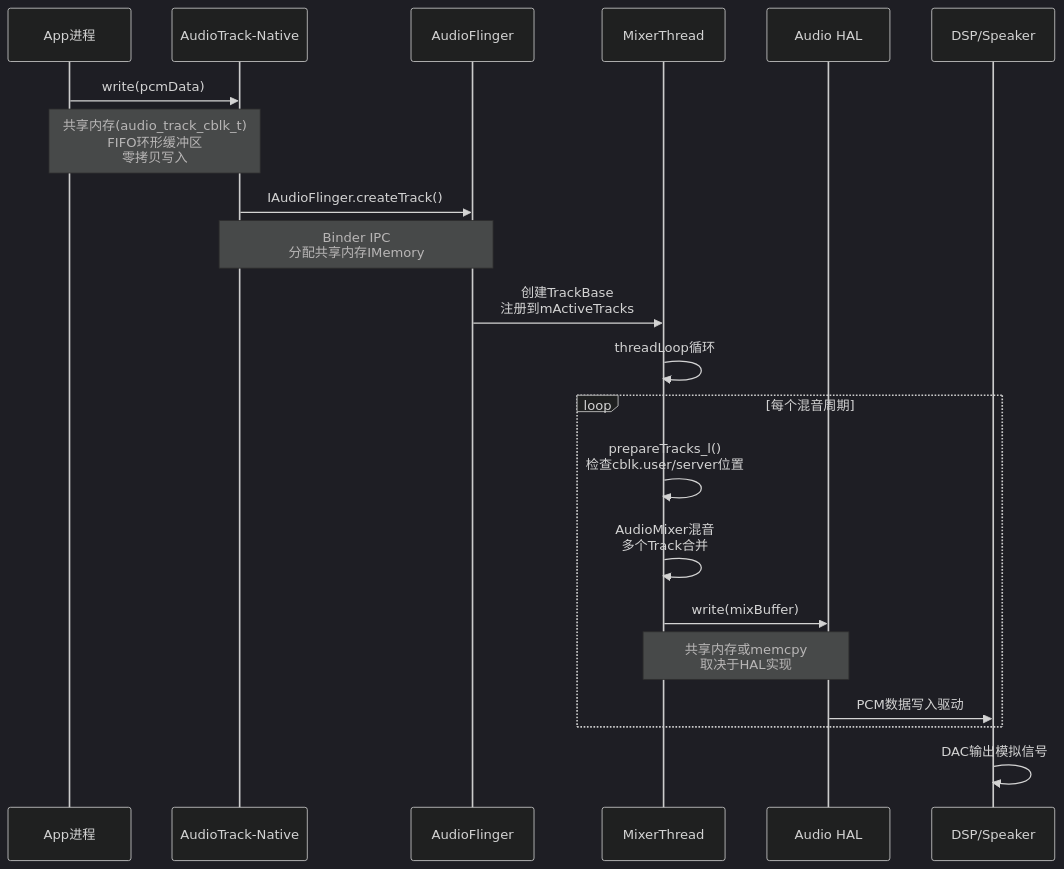
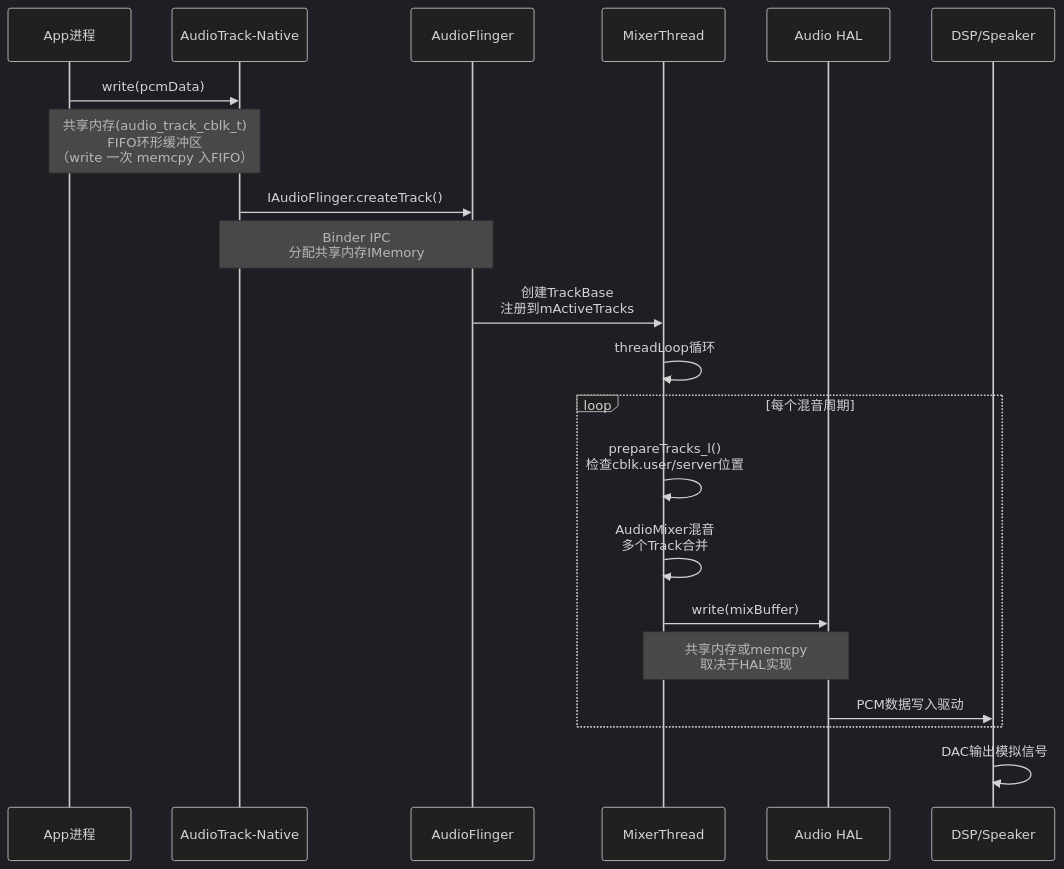
Before and after one commit to yanglinzhen1022/SA8295_AAOS_QNX_Audio_KnowledgeBase: the first of 2 diagrams in 01_Architecture_Overview/01_1.8_播放录音全栈数据流向图.md, drawn with Mermaid (dark theme). The commit also changed other lines of this file and 10 other files, not shown here.

````diff
--- a/01_Architecture_Overview/01_1.8_播放录音全栈数据流向图.md
+++ b/01_Architecture_Overview/01_1.8_播放录音全栈数据流向图.md
@@ -10,28 +10,28 @@
 ```mermaid
 sequenceDiagram
     participant App as App进程
     participant AT as AudioTrack-Native
     participant AF as AudioFlinger
     participant MT as MixerThread
     participant HAL as Audio HAL
     participant DSP as DSP/Speaker
 
     App->>AT: write(pcmData)
-    Note over App,AT: 共享内存(audio_track_cblk_t)<br/>FIFO环形缓冲区<br/>零拷贝写入
+    Note over App,AT: 共享内存(audio_track_cblk_t)<br/>FIFO环形缓冲区<br/>（write 一次 memcpy 入FIFO）
 
     AT->>AF: IAudioFlinger.createTrack()
     Note over AT,AF: Binder IPC<br/>分配共享内存IMemory
 
     AF->>MT: 创建TrackBase<br/>注册到mActiveTracks
     MT->>MT: threadLoop循环
 
     loop 每个混音周期
         MT->>MT: prepareTracks_l()<br/>检查cblk.user/server位置
         MT->>MT: AudioMixer混音<br/>多个Track合并
         MT->>HAL: write(mixBuffer)
         Note over MT,HAL: 共享内存或memcpy<br/>取决于HAL实现
         HAL->>DSP: PCM数据写入驱动
     end
 
     DSP->>DSP: DAC输出模拟信号
 ```
````
